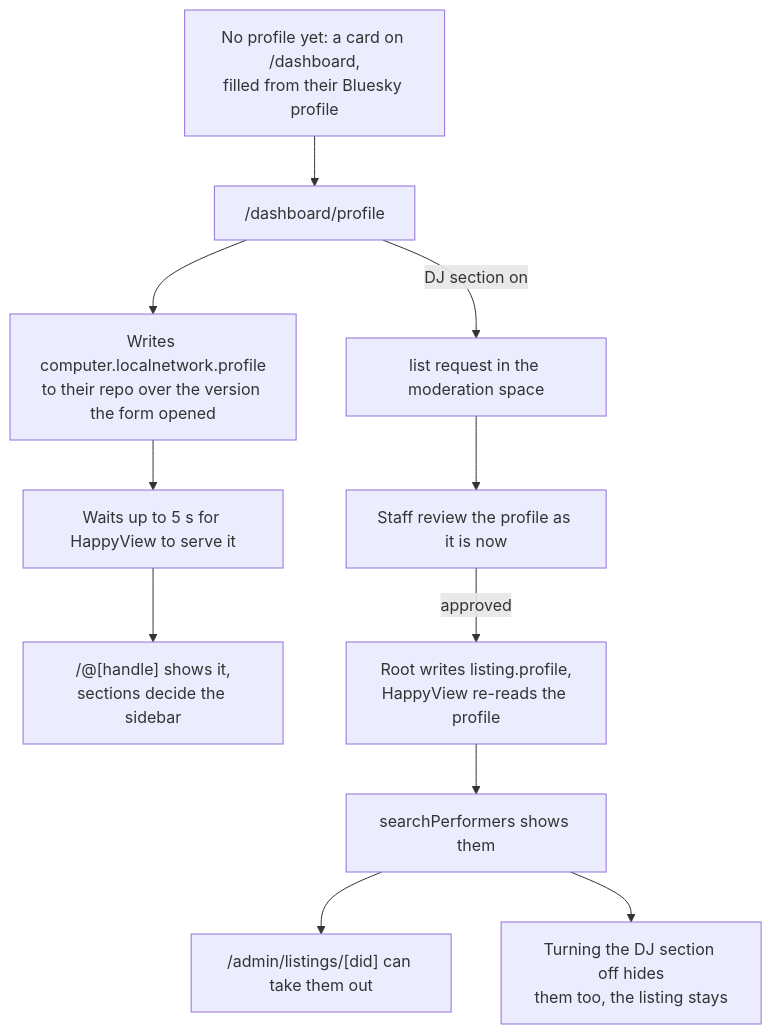
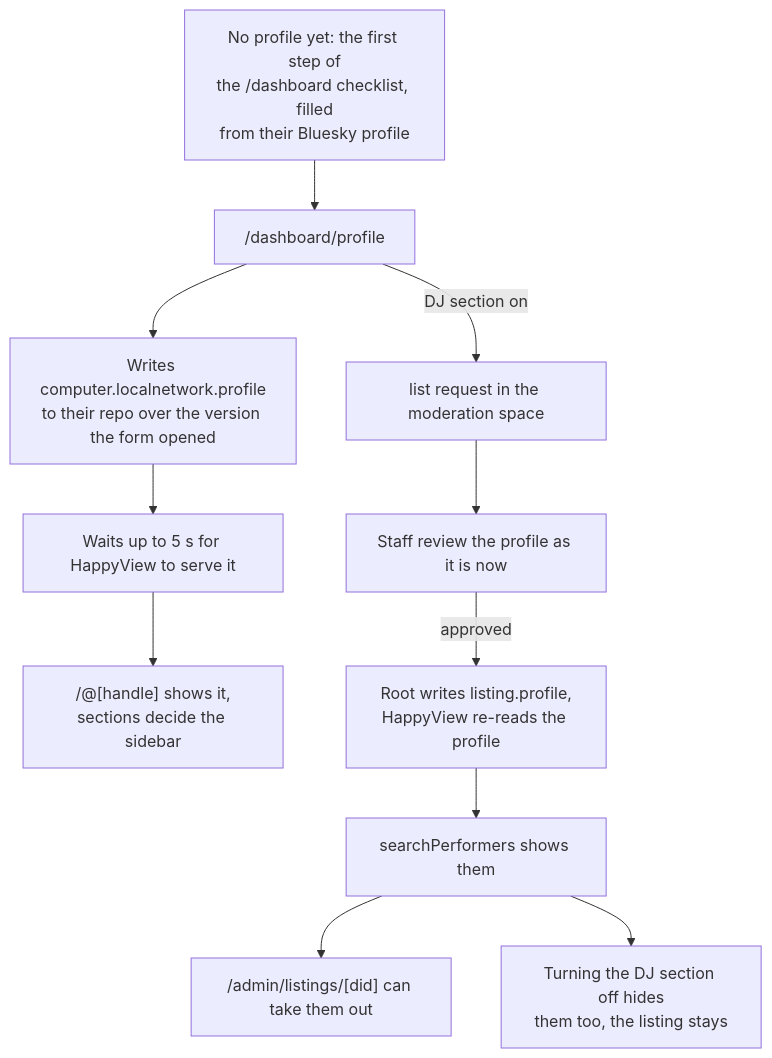
Before and after one commit to cutenode/localnetwork: the first of 9 diagrams in apps/web/docs/diagrams/profiles-and-bookings.md, drawn with Mermaid. The commit also changed other lines of this file and 7 other files, not shown here.

First line of the commit message:
docs(web): bring the diagrams in line with main after the extraction PRs

````diff
--- a/apps/web/docs/diagrams/profiles-and-bookings.md
+++ b/apps/web/docs/diagrams/profiles-and-bookings.md
@@ -19,13 +19,13 @@
 ```mermaid
 flowchart TD
-  First["No profile yet: a card on /dashboard,<br/>filled from their Bluesky profile"] --> Edit["/dashboard/profile"]
+  First["No profile yet: the first step of<br/>the /dashboard checklist, filled<br/>from their Bluesky profile"] --> Edit["/dashboard/profile"]
   Edit --> Save["Writes computer.localnetwork.profile<br/>to their repo over the version the form opened"]
   Save --> Wait["Waits up to 5 s for HappyView to serve it"]
   Wait --> Page["/@[handle] shows it,<br/>sections decide the sidebar"]
   Edit -- "DJ section on" --> Ask["list request in the moderation space"]
   Ask --> Review["Staff review the profile as it is now"]
   Review -- "approved" --> Listing["Root writes listing.profile,<br/>HappyView re-reads the profile"]
   Listing --> Find["searchPerformers shows them"]
   Find --> Out["/admin/listings/[did] can take them out"]
   Find --> Off["Turning the DJ section off hides<br/>them too, the listing stays"]
 ```
````
